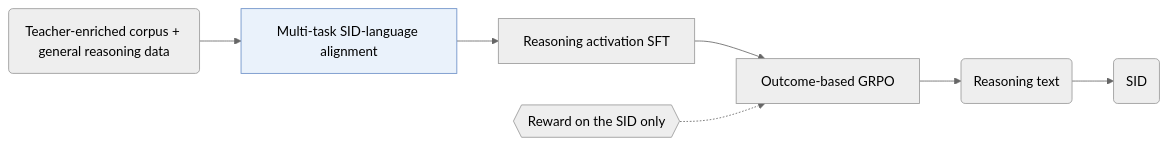
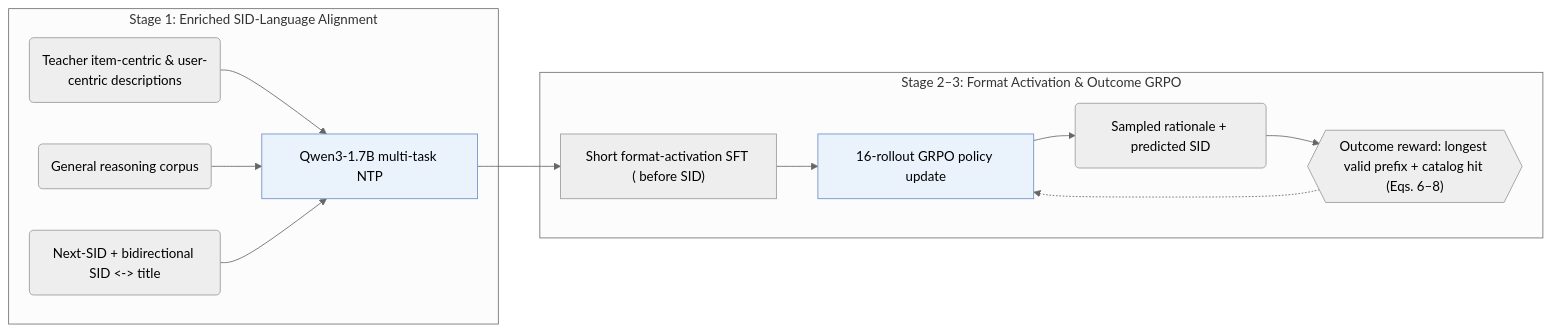
Before and after one commit to Galaxy-ghost/Awesome-SID-Generative-Rec: the diagram in notes/sidreasoner.md, drawn with Mermaid (neutral theme). The commit also changed other lines of this file and 649 other files, not shown here.

Commit message:
writer-05: also tags and modality index (schema, check, build, visuals); summary field removed; calibration data for 12 papers

````diff
--- a/notes/sidreasoner.md
+++ b/notes/sidreasoner.md
@@ -13,10 +14,16 @@
 ```mermaid
 flowchart LR
-    A("Teacher-enriched corpus + general reasoning data") --> B["Multi-task SID-language alignment"]:::key
-    B --> C["Reasoning activation SFT"]
-    C --> D["Outcome-based GRPO"]
-    L1{{"Reward on the SID only"}} -.-> D
-    D --> E("Reasoning text")
-    E --> F("SID")
+    subgraph S1["Stage 1: Enriched SID-Language Alignment"]
+        T("Teacher item-centric & user-centric descriptions") --> A["Qwen3-1.7B multi-task NTP"]:::key
+        G("General reasoning corpus") --> A
+        M("Next-SID + bidirectional SID <-> title") --> A
+    end
+    subgraph S2["Stage 2–3: Format Activation & Outcome GRPO"]
+        A --> B["Short format-activation SFT (<think> before SID)"]
+        B --> D["16-rollout GRPO policy update"]:::key
+        D --> R("Sampled rationale + predicted SID")
+        R --> L1{{"Outcome reward: longest valid prefix + catalog hit (Eqs. 6–8)"}}
+        L1 -.-> D
+    end
     classDef key fill:#eaf2fb,stroke:#6b8fc7
 ```
````
